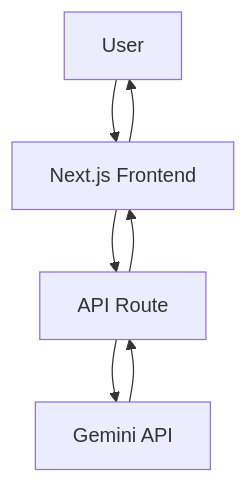
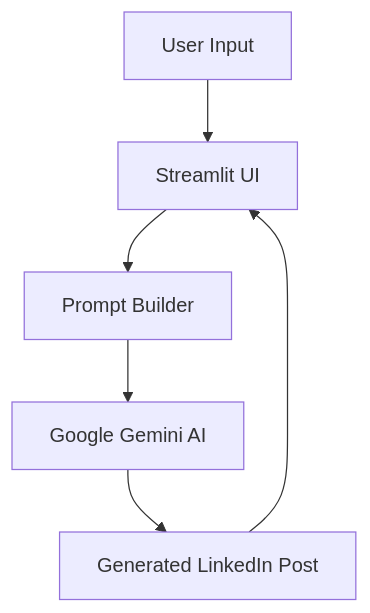
The diagram in README.md (priyam-10/PostCraft-AI), drawn with Mermaid before and after one commit. The commit also changed other lines of this file, not shown here.

````diff
--- a/README.md
+++ b/README.md
@@ -91,10 +94,14 @@
 ```mermaid
 graph TD
 
-A[User] --> B[Next.js Frontend]
-B --> C[API Route]
-C --> D[Gemini API]
-D --> C
-C --> B
-B --> A
+A[User Input]
+--> B[Streamlit UI]
+
+B --> C[Prompt Builder]
+
+C --> D[Google Gemini AI]
+
+D --> E[Generated LinkedIn Post]
+
+E --> B
 ```
````
